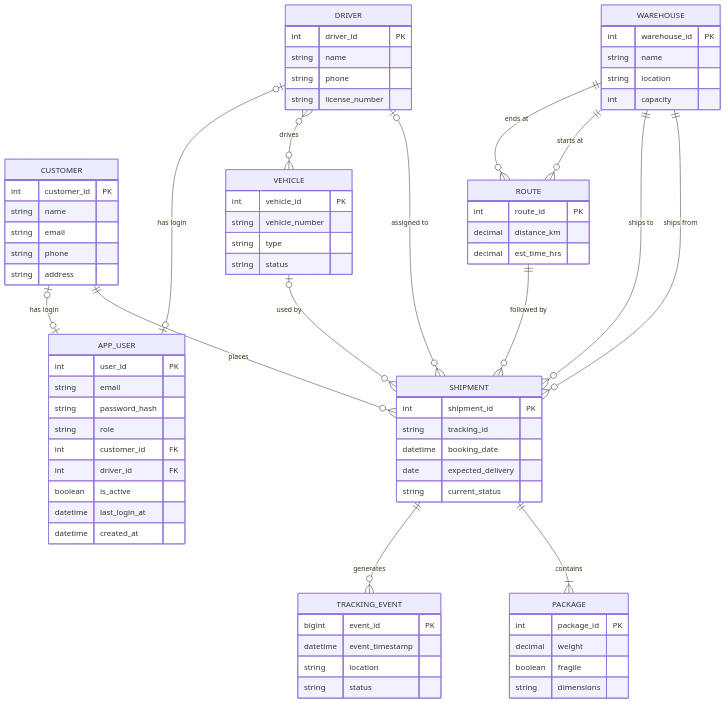
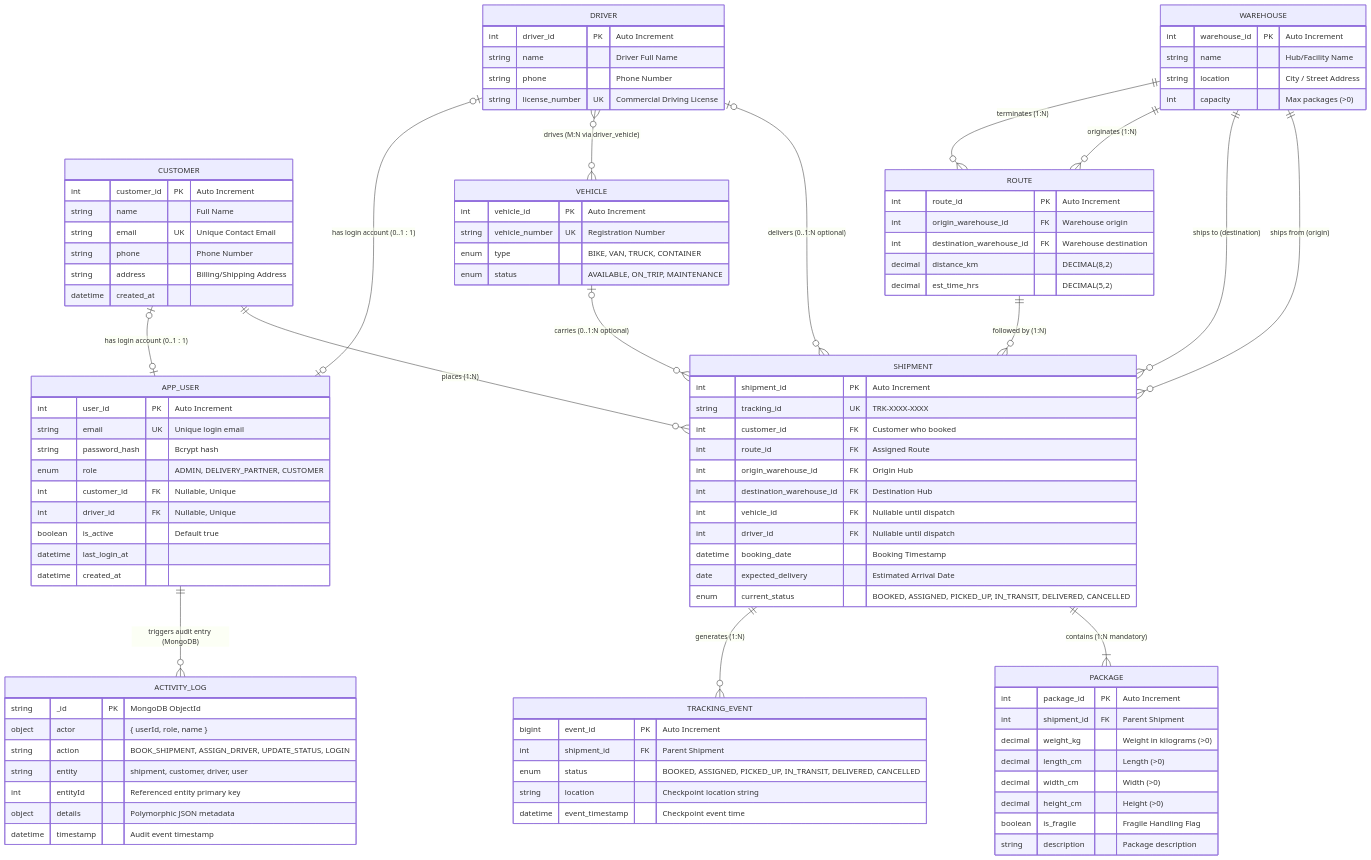
The diagram in docs/er-diagram.md (abhiraamadiga/DBMS-mini-project), drawn with Mermaid before and after one commit. The commit also changed other lines of this file and 1 other file, not shown here.

Commit message:
docs: add updated complete ER diagram with multi-role and NoSQL extensions

````diff
--- a/docs/er-diagram.md
+++ b/docs/er-diagram.md
@@ -5,78 +10,116 @@
 ```mermaid
 erDiagram
-    CUSTOMER ||--o{ SHIPMENT : places
-    ROUTE ||--o{ SHIPMENT : "followed by"
-    WAREHOUSE ||--o{ SHIPMENT : "ships from"
-    WAREHOUSE ||--o{ SHIPMENT : "ships to"
-    WAREHOUSE ||--o{ ROUTE : "starts at"
-    WAREHOUSE ||--o{ ROUTE : "ends at"
-    SHIPMENT ||--|{ PACKAGE : contains
-    SHIPMENT ||--o{ TRACKING_EVENT : generates
-    VEHICLE |o--o{ SHIPMENT : "used by"
-    DRIVER |o--o{ SHIPMENT : "assigned to"
-    DRIVER }o--o{ VEHICLE : drives
-    CUSTOMER |o--o| APP_USER : "has login"
-    DRIVER |o--o| APP_USER : "has login"
+    %% Core Entities & Relationships
+    CUSTOMER ||--o{ SHIPMENT : "places (1:N)"
+    ROUTE ||--o{ SHIPMENT : "followed by (1:N)"
+    WAREHOUSE ||--o{ SHIPMENT : "ships from (origin)"
+    WAREHOUSE ||--o{ SHIPMENT : "ships to (destination)"
+    WAREHOUSE ||--o{ ROUTE : "originates (1:N)"
+    WAREHOUSE ||--o{ ROUTE : "terminates (1:N)"
+    SHIPMENT ||--|{ PACKAGE : "contains (1:N mandatory)"
+    SHIPMENT ||--o{ TRACKING_EVENT : "generates (1:N)"
+    VEHICLE |o--o{ SHIPMENT : "carries (0..1:N optional)"
+    DRIVER |o--o{ SHIPMENT : "delivers (0..1:N optional)"
+    DRIVER }o--o{ VEHICLE : "drives (M:N via driver_vehicle)"
 
+    %% Multi-Role Authentication Links
+    CUSTOMER |o--o| APP_USER : "has login account (0..1 : 1)"
+    DRIVER |o--o| APP_USER : "has login account (0..1 : 1)"
+
+    %% Hybrid NoSQL Document Collection
+    APP_USER ||--o{ ACTIVITY_LOG : "triggers audit entry (MongoDB)"
+
+    %% Entity Attributes & Keys
     APP_USER {
-        int user_id PK
-        string email
-        string password_hash
-        string role
-        int customer_id FK
-        int driver_id FK
-        boolean is_active
+        int user_id PK "Auto Increment"
+        string email UK "Unique login email"
+        string password_hash "Bcrypt hash"
+        enum role "ADMIN, DELIVERY_PARTNER, CUSTOMER"
+        int customer_id FK "Nullable, Unique"
+        int driver_id FK "Nullable, Unique"
+        boolean is_active "Default true"
         datetime last_login_at
         datetime created_at
     }
 
     CUSTOMER {
-        int customer_id PK
-        string name
-        string email
-        string phone
-        string address
+        int customer_id PK "Auto Increment"
+        string name "Full Name"
+        string email UK "Unique Contact Email"
+        string phone "Phone Number"
+        string address "Billing/Shipping Address"
+        datetime created_at
     }
+
+    WAREHOUSE {
+        int warehouse_id PK "Auto Increment"
+        string name "Hub/Facility Name"
+        string location "City / Street Address"
+        int capacity "Max packages (>0)"
+    }
+
+    ROUTE {
+        int route_id PK "Auto Increment"
+        int origin_warehouse_id FK "Warehouse origin"
+        int destination_warehouse_id FK "Warehouse destination"
+        decimal distance_km "DECIMAL(8,2)"
+        decimal est_time_hrs "DECIMAL(5,2)"
+    }
+
+    VEHICLE {
+        int vehicle_id PK "Auto Increment"
+        string vehicle_number UK "Registration Number"
+        enum type "BIKE, VAN, TRUCK, CONTAINER"
+        enum status "AVAILABLE, ON_TRIP, MAINTENANCE"
+    }
+
+    DRIVER {
+        int driver_id PK "Auto Increment"
+        string name "Driver Full Name"
+        string phone "Phone Number"
+        string license_number UK "Commercial Driving License"
+    }
+
     SHIPMENT {
-        int shipment_id PK
-        string tracking_id
-        datetime booking_date
-        date expected_delivery
-        string current_status
+        int shipment_id PK "Auto Increment"
+        string tracking_id UK "TRK-XXXX-XXXX"
+        int customer_id FK "Customer who booked"
+        int route_id FK "Assigned Route"
+        int origin_warehouse_id FK "Origin Hub"
+        int destination_warehouse_id FK "Destination Hub"
+        int vehicle_id FK "Nullable until dispatch"
+        int driver_id FK "Nullable until dispatch"
+        datetime booking_date "Booking Timestamp"
+        date expected_delivery "Estimated Arrival Date"
+        enum current_status "BOOKED, ASSIGNED, PICKED_UP, IN_TRANSIT, DELIVERED, CANCELLED"
     }
+
     PACKAGE {
-        int package_id PK
-        decimal weight
-        boolean fragile
-        string dimensions
+        int package_id PK "Auto Increment"
+        int shipment_id FK "Parent Shipment"
+        decimal weight_kg "Weight in kilograms (>0)"
+        decimal length_cm "Length (>0)"
+        decimal width_cm "Width (>0)"
+        decimal height_cm "Height (>0)"
+        boolean is_fragile "Fragile Handling Flag"
+        string description "Package description"
     }
-    WAREHOUSE {
-        int warehouse_id PK
-        string name
-        string location
-        int capacity
+
+    TRACKING_EVENT {
+        bigint event_id PK "Auto Increment"
+        int shipment_id FK "Parent Shipment"
+        enum status "BOOKED, ASSIGNED, PICKED_UP, IN_TRANSIT, DELIVERED, CANCELLED"
+        string location "Checkpoint location string"
+        datetime event_timestamp "Checkpoint event time"
     }
-    ROUTE {
-        int route_id PK
-        decimal distance_km
-        decimal est_time_hrs
-    }
-    VEHICLE {
-        int vehicle_id PK
-        string vehicle_number
-        string type
-        string status
-    }
-    DRIVER {
-        int driver_id PK
-        string name
-        string phone
-        string license_number
-    }
-    TRACKING_EVENT {
-        bigint event_id PK
-        datetime event_timestamp
-        string location
-        string status
+
+    ACTIVITY_LOG {
+        string _id PK "MongoDB ObjectId"
+        object actor "{ userId, role, name }"
+        string action "BOOK_SHIPMENT, ASSIGN_DRIVER, UPDATE_STATUS, LOGIN"
+        string entity "shipment, customer, driver, user"
+        int entityId "Referenced entity primary key"
+        object details "Polymorphic JSON metadata"
+        datetime timestamp "Audit event timestamp"
     }
 ```
````
